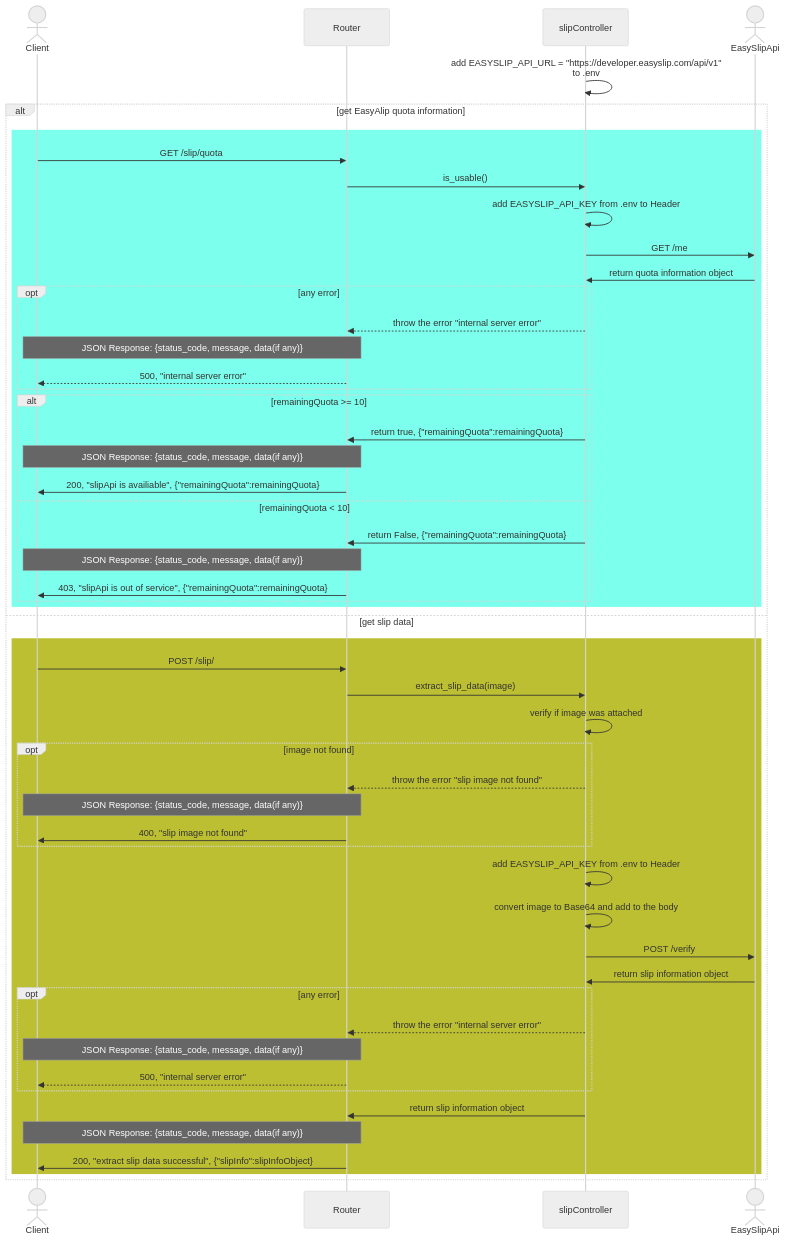
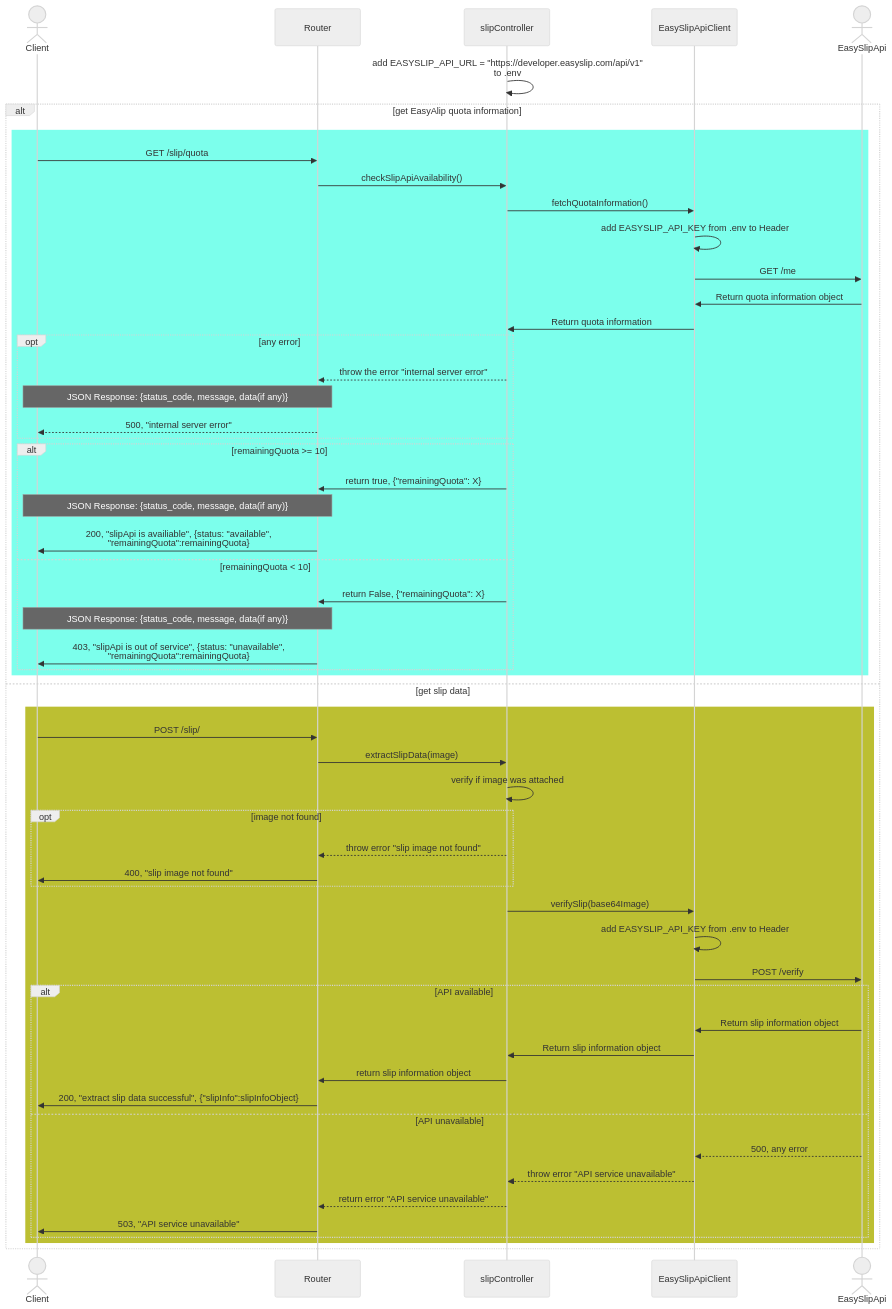
Before and after one commit to SawatKia/WealthTracking: the diagram in design/api/EasySlip.mmd, drawn with Mermaid (neutral theme).

Commit message:
add a new layer between controller and api

```diff
--- a/design/api/EasySlip.mmd
+++ b/design/api/EasySlip.mmd
@@ -1,54 +1,58 @@
 sequenceDiagram
     Actor Client
     participant Router
     participant Cont as slipController
+    participant ApiClient as EasySlipApiClient
     Actor Api as EasySlipApi
 
     Cont->>Cont: add EASYSLIP_API_URL = "https://developer.easyslip.com/api/v1"<br>to .env
     alt get EasyAlip quota information
         rect rgb(124,255,236)
-            Client->>Router: GET /slip/quota
-            Router->>Cont: is_usable()
-            Cont->>Cont: add EASYSLIP_API_KEY from .env to Header
-            Cont->>Api: GET /me
-            Api->>Cont: return quota information object
+        Client->>Router: GET /slip/quota
+        Router->>Cont: checkSlipApiAvailability()
+        Cont->>ApiClient: fetchQuotaInformation()
+        ApiClient->>ApiClient: add EASYSLIP_API_KEY from .env to Header
+        ApiClient->>Api: GET /me
+        Api->>ApiClient: Return quota information object
+        ApiClient->>Cont: Return quota information
             opt any error
                 Cont-->>Router: throw the error "internal server error"
                 Note over Router,Client: JSON Response: {status_code, message, data(if any)}
                 Router-->>Client: 500, "internal server error"
             end
             alt remainingQuota >= 10
-                Cont->>Router: return true, {"remainingQuota":remainingQuota}
+                Cont->>Router: return true, {"remainingQuota": X}
                 Note over Router,Client: JSON Response: {status_code, message, data(if any)}
-                Router->>Client: 200, "slipApi is availiable", {"remainingQuota":remainingQuota} 
+                Router->>Client: 200, "slipApi is availiable", {status: "available",<br>"remainingQuota":remainingQuota} 
             else remainingQuota < 10
-                Cont->>Router: return False, {"remainingQuota":remainingQuota}
+                Cont->>Router: return False, {"remainingQuota": X}
                 Note over Router,Client: JSON Response: {status_code, message, data(if any)}
-                Router->>Client: 403, "slipApi is out of service", {"remainingQuota":remainingQuota}
+                Router->>Client: 403, "slipApi is out of service", {status: "unavailable",<br>"remainingQuota":remainingQuota}
             end
 
         end
     else get slip data
         rect rgb(188,191,50)
             Client->>Router: POST /slip/
-            Router->>Cont: extract_slip_data(image)
+            Router->>Cont: extractSlipData(image)
             Cont->>Cont: verify if image was attached
             opt image not found
-                Cont-->>Router:throw the error "slip image not found"
-                Note over Router,Client: JSON Response: {status_code, message, data(if any)}
+                Cont-->>Router: throw error "slip image not found"
                 Router->>Client: 400, "slip image not found"
             end
-            Cont->>Cont: add EASYSLIP_API_KEY from .env to Header
-            Cont->>Cont: convert image to Base64 and add to the body
-            Cont->>Api: POST /verify
-            Api->>Cont: return slip information object
-            opt any error
-                Cont-->>Router: throw the error "internal server error"
-                Note over Router,Client: JSON Response: {status_code, message, data(if any)}
-                Router-->>Client: 500, "internal server error"
+            Cont->>ApiClient: verifySlip(base64Image)
+            ApiClient->>ApiClient: add EASYSLIP_API_KEY from .env to Header
+            ApiClient->>Api: POST /verify
+            alt API available
+                Api->>ApiClient: Return slip information object
+                ApiClient->>Cont: Return slip information object
+                Cont->>Router: return slip information object
+                Router->>Client: 200, "extract slip data successful", {"slipInfo":slipInfoObject}
+            else API unavailable
+                Api-->>ApiClient: 500, any error
+                ApiClient-->>Cont: throw error "API service unavailable"
+                Cont-->>Router: return error "API service unavailable"
+                Router->>Client: 503, "API service unavailable"
             end
-            Cont->>Router: return slip information object
-            Note over Router,Client: JSON Response: {status_code, message, data(if any)}
-            Router->>Client: 200, "extract slip data successful", {"slipInfo":slipInfoObject}
         end
     end
```
